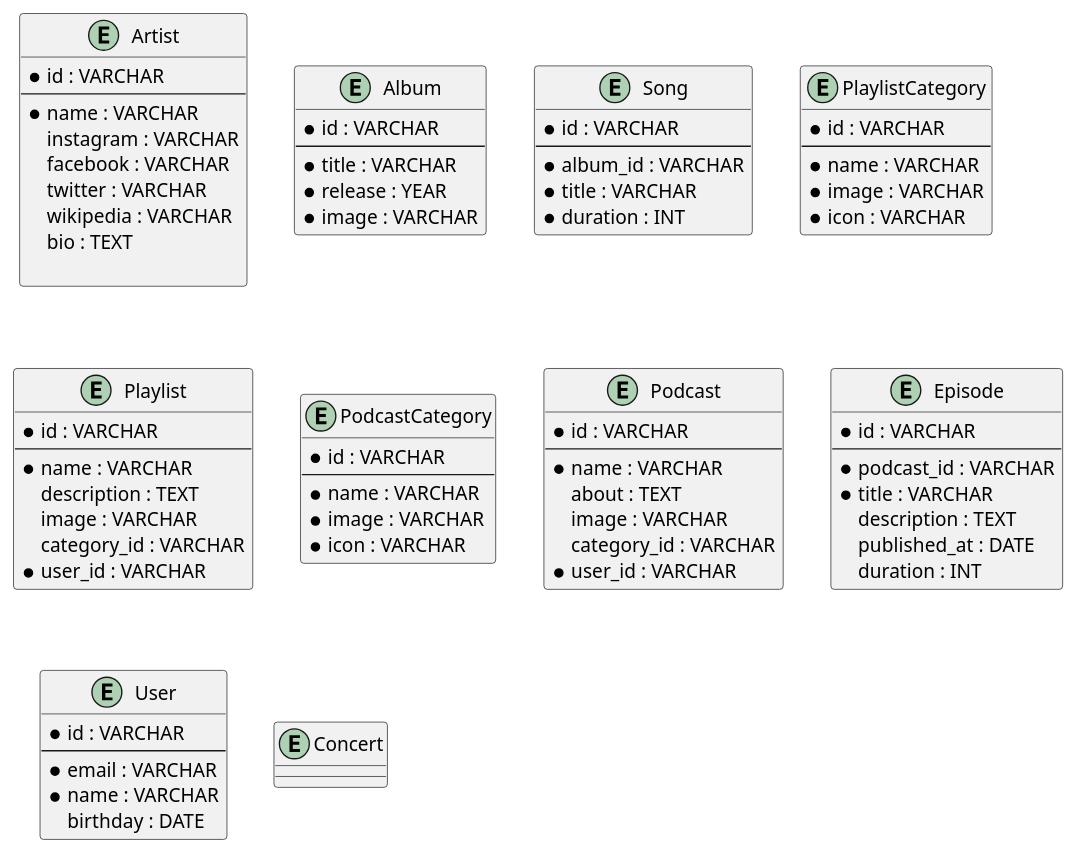
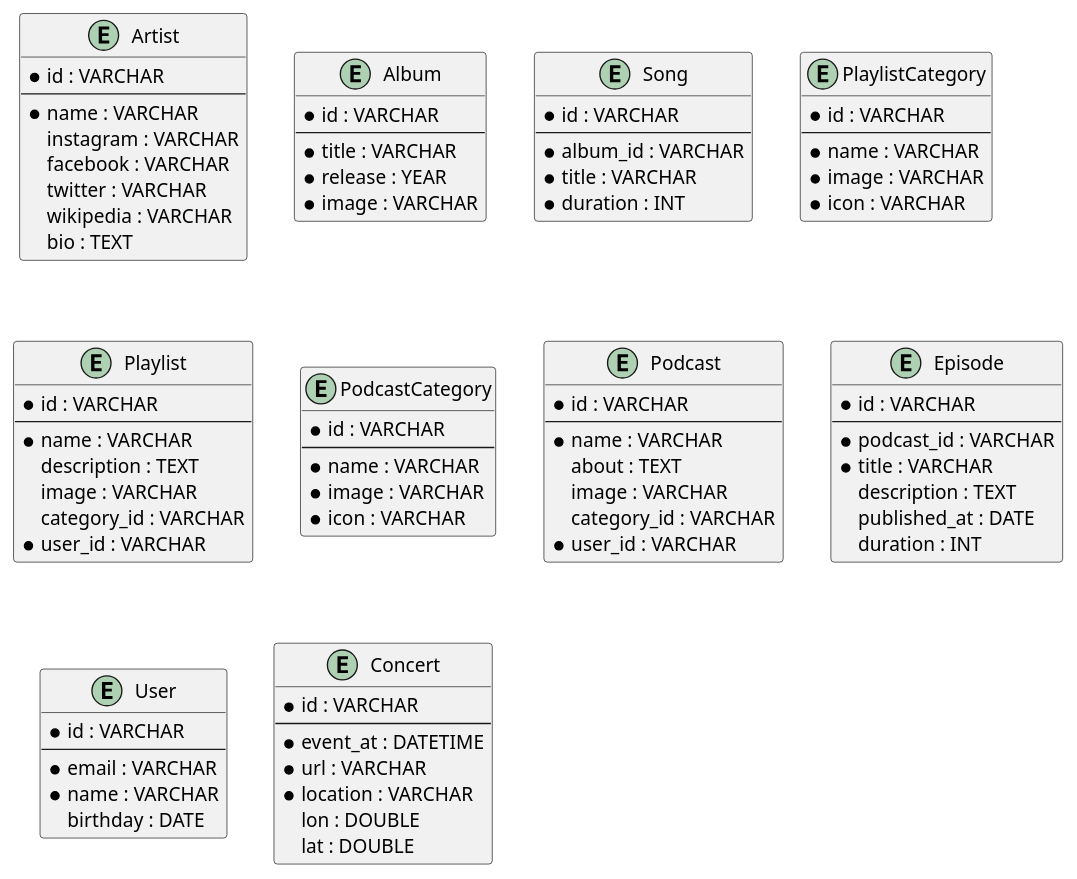
Before and after one commit to bayubagusbagaswara/design-database-spotify-clone: the diagram in src/entity.puml, drawn with PlantUML.

Commit message:
menentukan attribute untuk Concert

```diff
--- a/src/entity.puml
+++ b/src/entity.puml
@@ -1,78 +1,91 @@
 @startuml
 entity Artist {
     * id : VARCHAR
     --
     * name : VARCHAR
     instagram : VARCHAR
     facebook : VARCHAR
     twitter : VARCHAR
     wikipedia : VARCHAR
     bio : TEXT
+}
 
-}
 entity Album {
     * id : VARCHAR
     --
     * title : VARCHAR
     * release : YEAR
     * image : VARCHAR
 }
+
 entity Song {
     * id : VARCHAR
     --
     * album_id : VARCHAR
     * title : VARCHAR
     * duration : INT
 }
+
 entity PlaylistCategory {
     * id : VARCHAR
     --
     * name : VARCHAR
     * image : VARCHAR
     * icon : VARCHAR
 }
 entity Playlist{
     * id : VARCHAR
     --
     * name : VARCHAR
     description : TEXT
     image : VARCHAR
     category_id : VARCHAR
     * user_id : VARCHAR
 }
+
 entity PodcastCategory {
     * id : VARCHAR
     --
     * name : VARCHAR
     * image : VARCHAR
     * icon : VARCHAR
 }
+
 entity Podcast {
     * id : VARCHAR
     --
     * name : VARCHAR
     about : TEXT
     image : VARCHAR
     category_id : VARCHAR
     * user_id : VARCHAR
 }
+
 entity Episode {
     * id : VARCHAR
     --
     * podcast_id : VARCHAR
     * title : VARCHAR
     description : TEXT
     published_at : DATE
     duration : INT
 }
+
 entity User{
     * id : VARCHAR
     --
     * email : VARCHAR
     * name : VARCHAR
     birthday : DATE
 }
+
 entity Concert{
-
+    * id : VARCHAR
+    --
+    * event_at : DATETIME
+    * url : VARCHAR
+    * location : VARCHAR
+    lon : DOUBLE
+    lat : DOUBLE
 }
 @enduml
```
